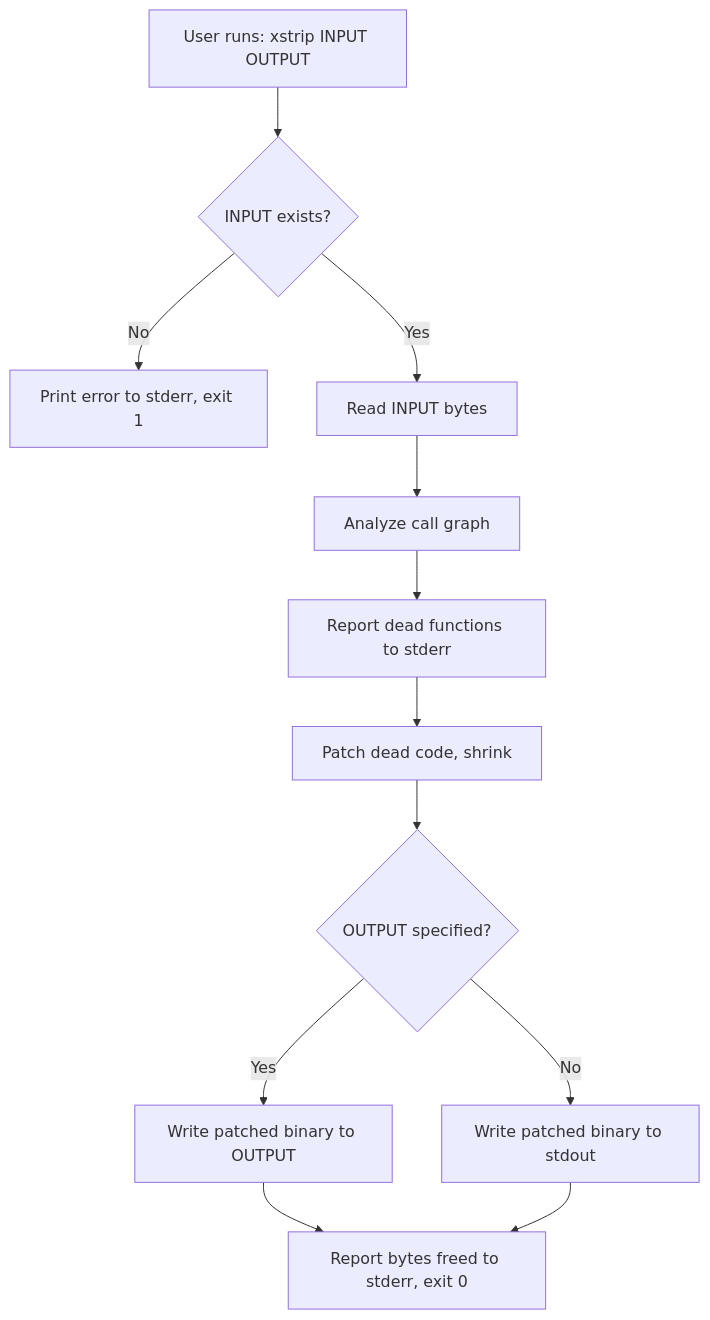
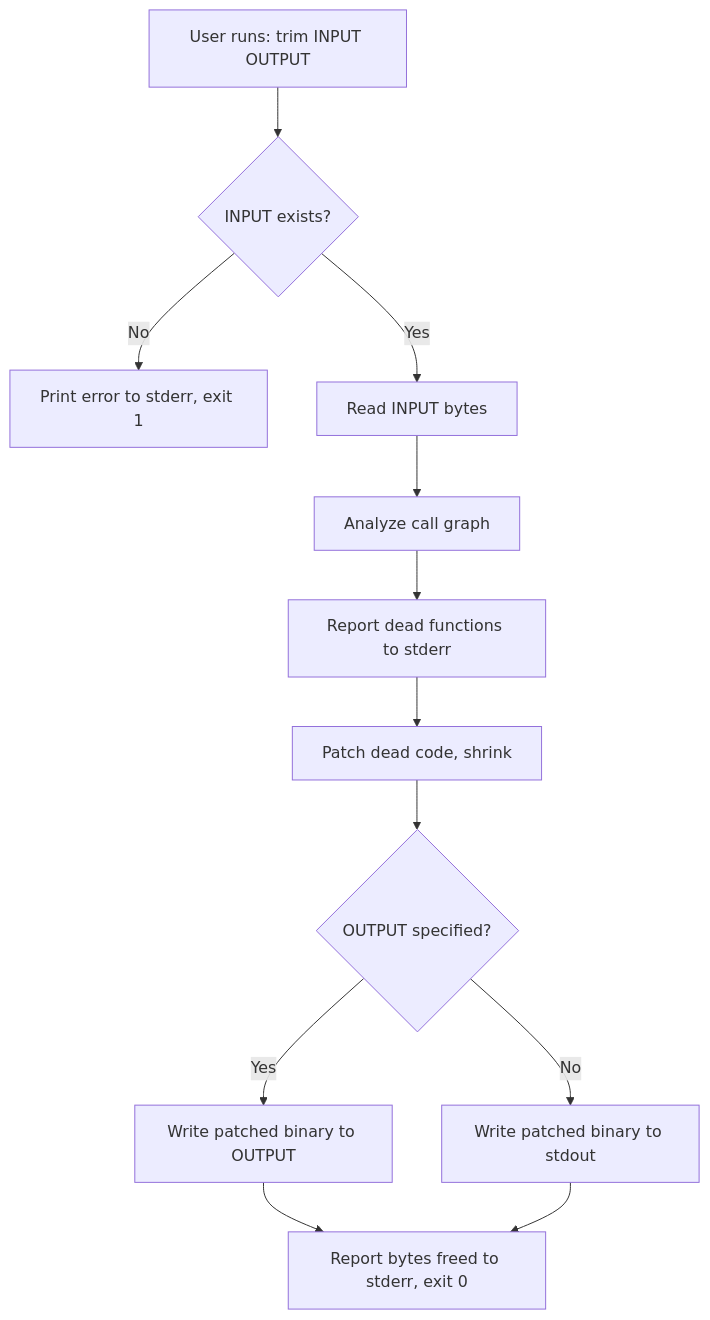
One commit to ratushnyi-labs/trim changed the first of 4 diagrams in docs/spec.md. Above: the diagram before and after it, drawn with Mermaid. The commit also changed other lines of this file and 112 other files, not shown here.

````diff
--- a/docs/spec.md
+++ b/docs/spec.md
@@ -110,14 +119,14 @@
 ```mermaid
 flowchart TD
-  A[User runs: xstrip INPUT OUTPUT] --> B{INPUT exists?}
+  A[User runs: trim INPUT OUTPUT] --> B{INPUT exists?}
   B -- No --> C["Print error to stderr, exit 1"]
   B -- Yes --> D[Read INPUT bytes]
   D --> E[Analyze call graph]
   E --> F[Report dead functions to stderr]
   F --> G["Patch dead code, shrink"]
   G --> H{OUTPUT specified?}
   H -- Yes --> I[Write patched binary to OUTPUT]
   H -- No --> J[Write patched binary to stdout]
   I --> K["Report bytes freed to stderr, exit 0"]
   J --> K
 ```
````
